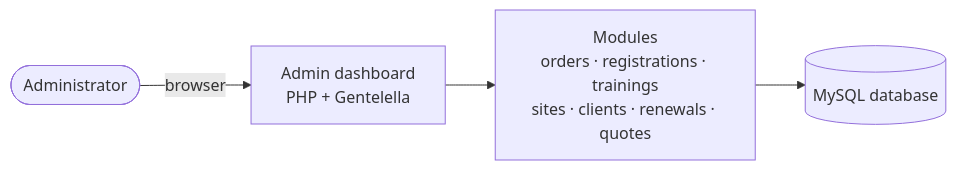
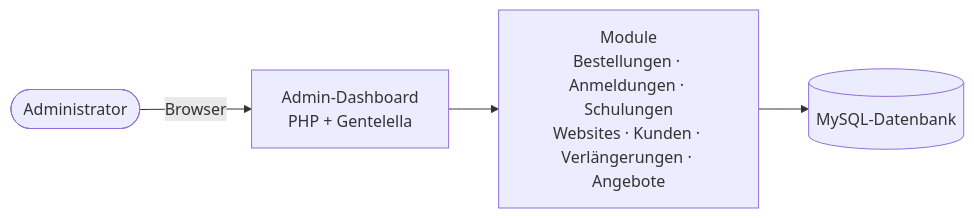
One commit to El-Tousy/admin-dashboard changed the first of 2 diagrams in README.md. Above: the diagram before and after it, drawn with Mermaid. The commit also changed other lines of this file, not shown here.

````diff
--- a/README.md
+++ b/README.md
@@ -134,6 +127,6 @@
 ```mermaid
 flowchart LR
-    ADM([Administrator]) -->|browser| D["Admin dashboard<br/>PHP + Gentelella"]
-    D --> M["Modules<br/>orders · registrations · trainings<br/>sites · clients · renewals · quotes"]
-    M --> DB[(MySQL database)]
+    ADM([Administrator]) -->|Browser| D["Admin-Dashboard<br/>PHP + Gentelella"]
+    D --> M["Module<br/>Bestellungen · Anmeldungen · Schulungen<br/>Websites · Kunden · Verlängerungen · Angebote"]
+    M --> DB[(MySQL-Datenbank)]
 ```
````
